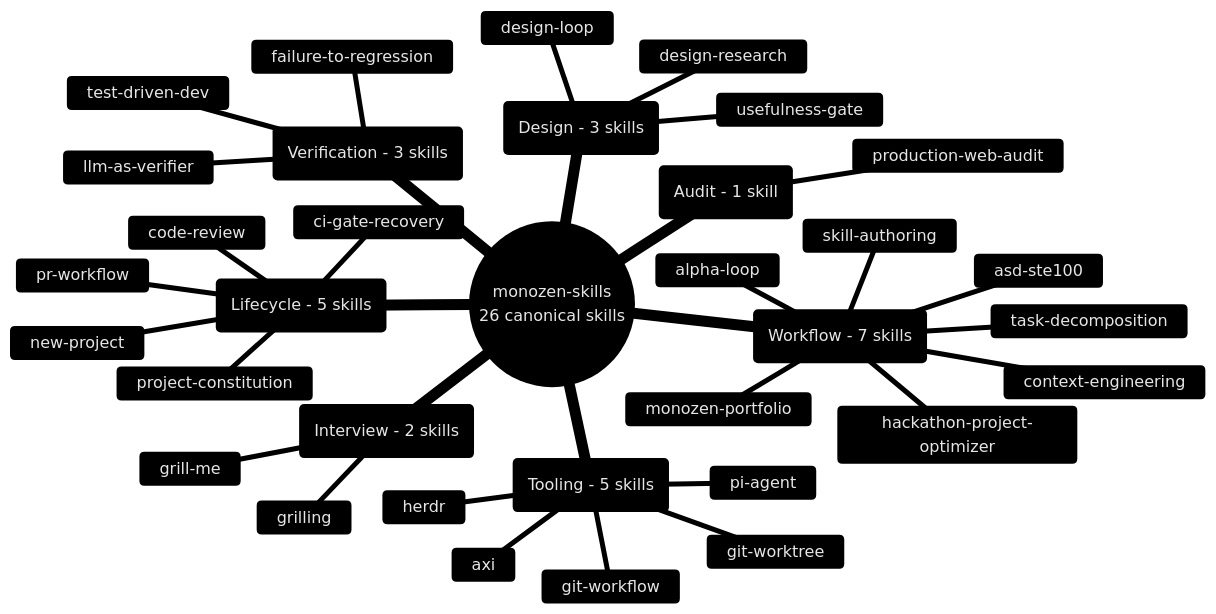
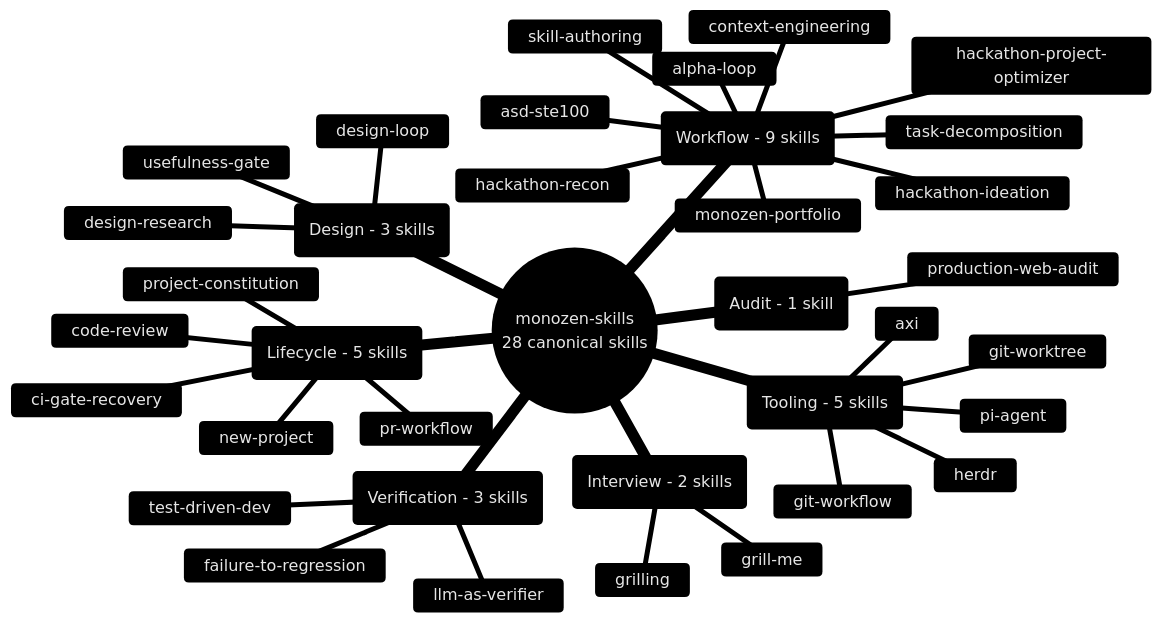
Before and after one commit to 8-BitRhyon/monozen-skills: the diagram in assets/skill-taxonomy.mmd, drawn with Mermaid. The commit also changed 10 other files, not shown here.

First line of the commit message:
feat(skills): add hackathon ideation and recon to the cluster

```diff
--- a/assets/skill-taxonomy.mmd
+++ b/assets/skill-taxonomy.mmd
@@ -1,37 +1,39 @@
 %%{init: {'theme': 'base', 'themeVariables': {'primaryColor': '#1a1a2e', 'primaryTextColor': '#e6e6e6', 'primaryBorderColor': '#8b7eff', 'lineColor': '#5a5a8a', 'secondaryColor': '#12132b', 'tertiaryColor': '#0b0c15', 'fontFamily': 'Inter, system-ui, sans-serif'}}}%%
 
 mindmap
-  root((monozen-skills<br/>26 canonical skills))
+  root((monozen-skills<br/>28 canonical skills))
     ::_(Lifecycle - 5 skills)
       new-project
       project-constitution
       code-review
       pr-workflow
       ci-gate-recovery
     ::_(Verification - 3 skills)
       test-driven-dev
       failure-to-regression
       llm-as-verifier
     ::_(Interview - 2 skills)
       grill-me
       grilling
-    ::_(Workflow - 7 skills)
+    ::_(Workflow - 9 skills)
       alpha-loop
       asd-ste100
+      hackathon-ideation
       hackathon-project-optimizer
+      hackathon-recon
       monozen-portfolio
       task-decomposition
       context-engineering
       skill-authoring
     ::_(Design - 3 skills)
       design-loop
       design-research
       usefulness-gate
     ::_(Audit - 1 skill)
       production-web-audit
     ::_(Tooling - 5 skills)
       axi
       pi-agent
       herdr
       git-worktree
       git-workflow
```
